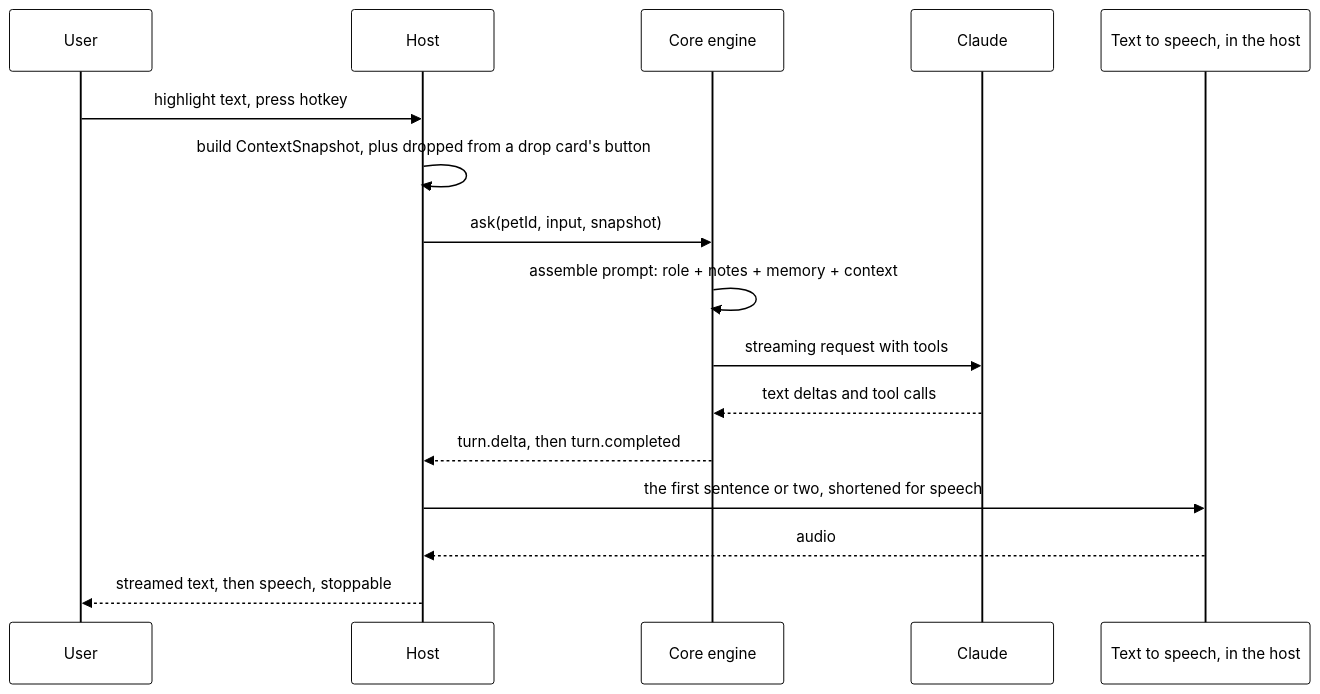
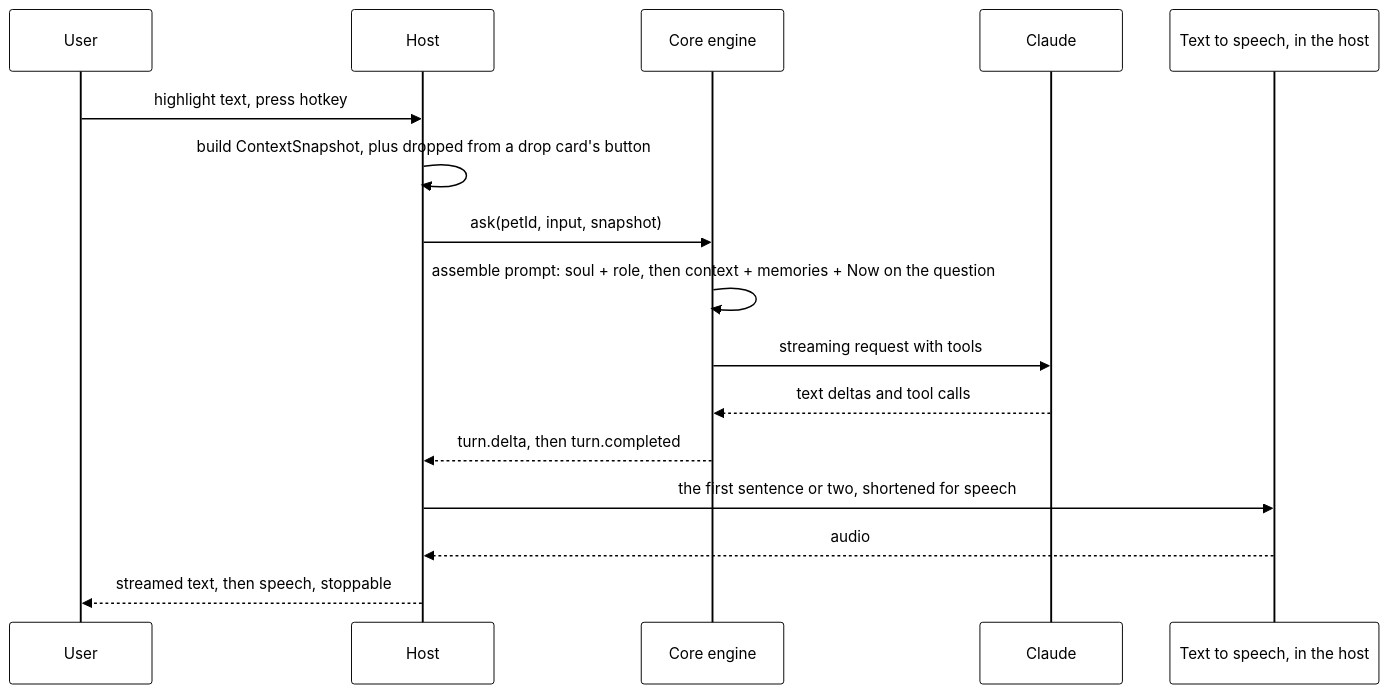
One commit to nadeem4/tagalong changed the third of 18 diagrams in docs/architecture.md. Above: the diagram before and after it, drawn with Mermaid. The commit also changed other lines of this file and 5 other files, not shown here.

Commit message:
docs: describe Scout's soul file, the stable system prompt and the Now block

````diff
--- a/docs/architecture.md
+++ b/docs/architecture.md
@@ -216,19 +216,19 @@
 ```mermaid
 %%{init: {"theme": "base", "themeVariables": {"primaryColor": "#ffffff", "primaryTextColor": "#000000", "primaryBorderColor": "#000000", "lineColor": "#000000", "actorBkg": "#ffffff", "actorBorder": "#000000", "signalColor": "#000000", "signalTextColor": "#000000", "noteBkgColor": "#ffffff", "noteBorderColor": "#000000"}}}%%
 sequenceDiagram
   participant U as User
   participant H as Host
   participant C as Core engine
   participant A as Claude
   participant T as Text to speech, in the host
   U->>H: highlight text, press hotkey
   H->>H: build ContextSnapshot, plus dropped from a drop card's button
   H->>C: ask(petId, input, snapshot)
-  C->>C: assemble prompt: role + notes + memory + context
+  C->>C: assemble prompt: soul + role, then context + memories + Now on the question
   C->>A: streaming request with tools
   A-->>C: text deltas and tool calls
   C-->>H: turn.delta, then turn.completed
   H->>T: the first sentence or two, shortened for speech
   T-->>H: audio
   H-->>U: streamed text, then speech, stoppable
 ```
````
